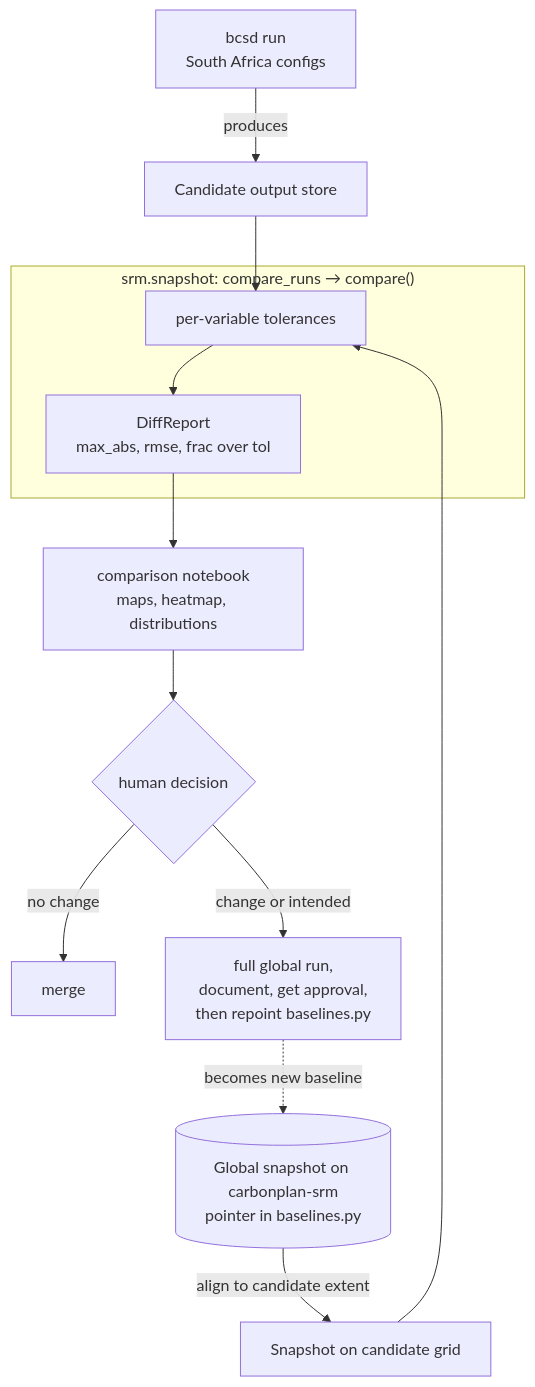
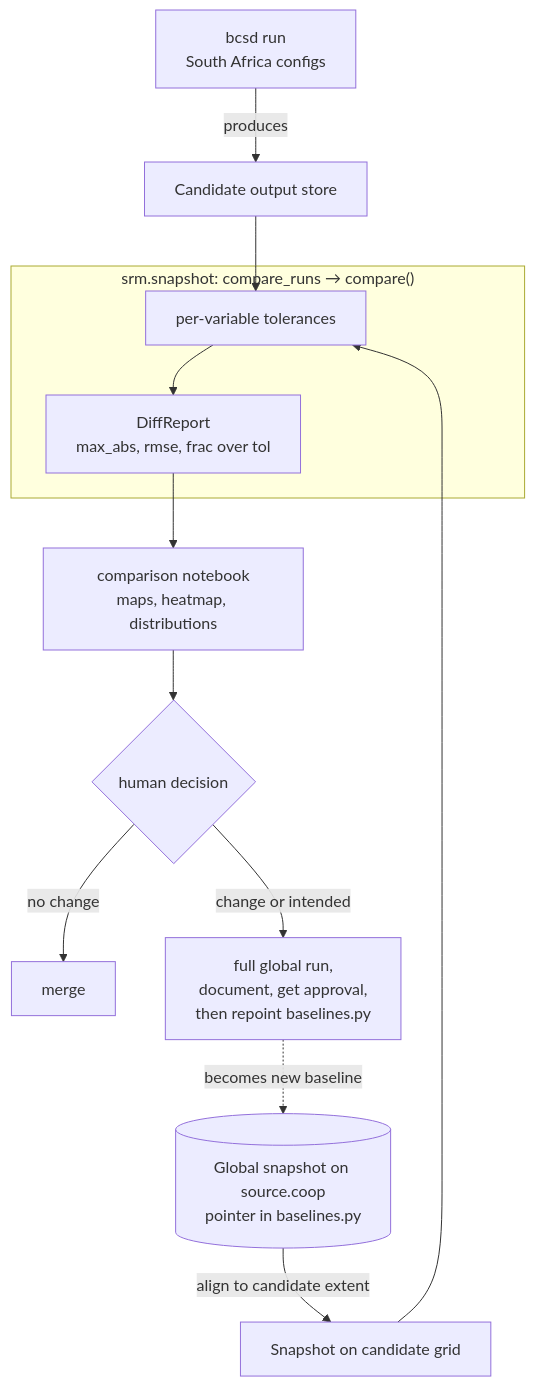
The diagram in docs/explanation/snapshot-testing.md (carbonplan/sai-downscaling), drawn with Mermaid before and after one commit. The commit also changed other lines of this file and 5 other files, not shown here.

Commit message:
bump published data to v0.12.0 on source.coop (#543)

````diff
--- a/docs/explanation/snapshot-testing.md
+++ b/docs/explanation/snapshot-testing.md
@@ -9,19 +9,19 @@
 ```mermaid
 graph TB
     RUN[bcsd run<br/>South Africa configs] -->|produces| CAND[Candidate output store]
-    SNAP[("Global snapshot on carbonplan-srm<br/>pointer in baselines.py")]
+    SNAP[("Global snapshot on source.coop<br/>pointer in baselines.py")]
 
     SNAP -->|align to candidate extent| ALN[Snapshot on candidate grid]
     CAND --> CMP
     ALN --> CMP
 
     subgraph "srm.snapshot: compare_runs → compare()"
         CMP["per-variable tolerances"] --> REP["DiffReport<br/>max_abs, rmse, frac over tol"]
     end
 
     REP --> NB[comparison notebook<br/>maps, heatmap, distributions]
     NB --> V{human decision}
     V -->|no change| MERGE["merge"]
     V -->|change or intended| GLOBAL["full global run,<br/>document, get approval,<br/>then repoint baselines.py"]
     GLOBAL -.->|becomes new baseline| SNAP
 ```
````
